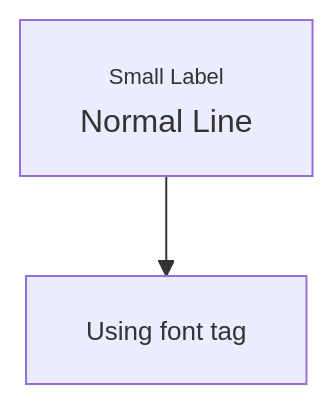
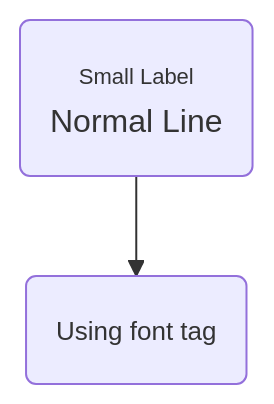
The diagram in README.md (MatanGbr/fnx), drawn with Mermaid before and after one commit.

````diff
--- a/README.md
+++ b/README.md
@@ -3,7 +3,7 @@
 ```mermaid
 flowchart TD
-  A["<span style='font-size:11px'>Small Label</span><br/>Normal Line"]
-  B["<font size='2'>Using font tag</font>"]
+  A("<span style='font-size:11px'>Small Label</span><br/>Normal Line")
+  B("<font size='2'>Using font tag</font>")
 
   A --> B
 ```
````
